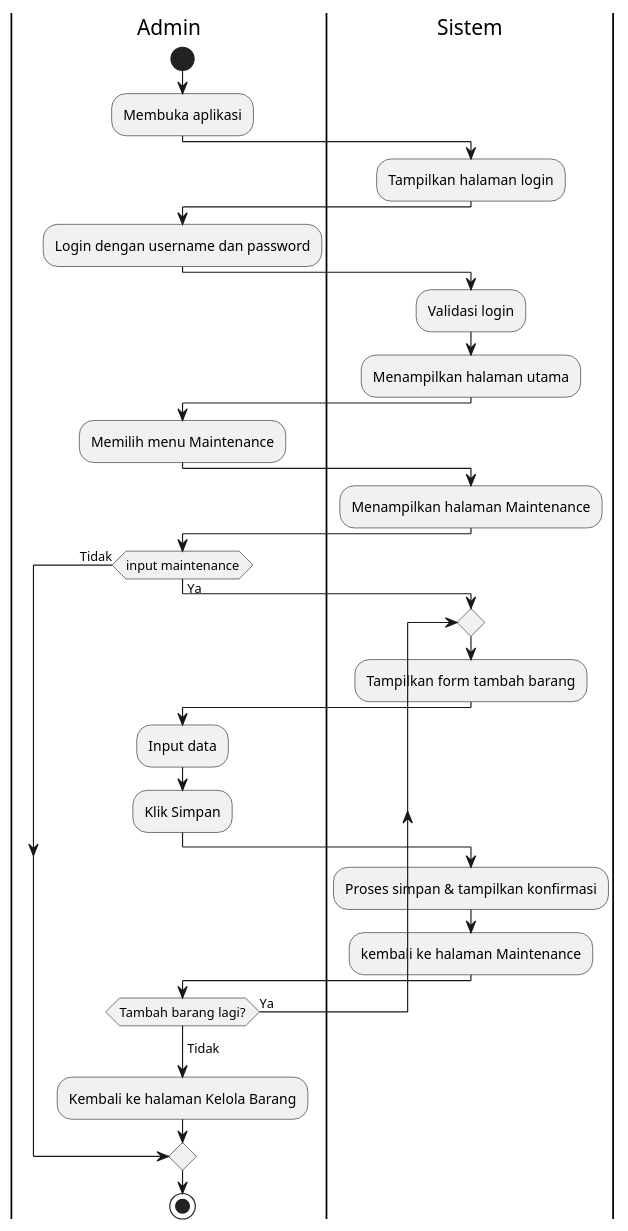
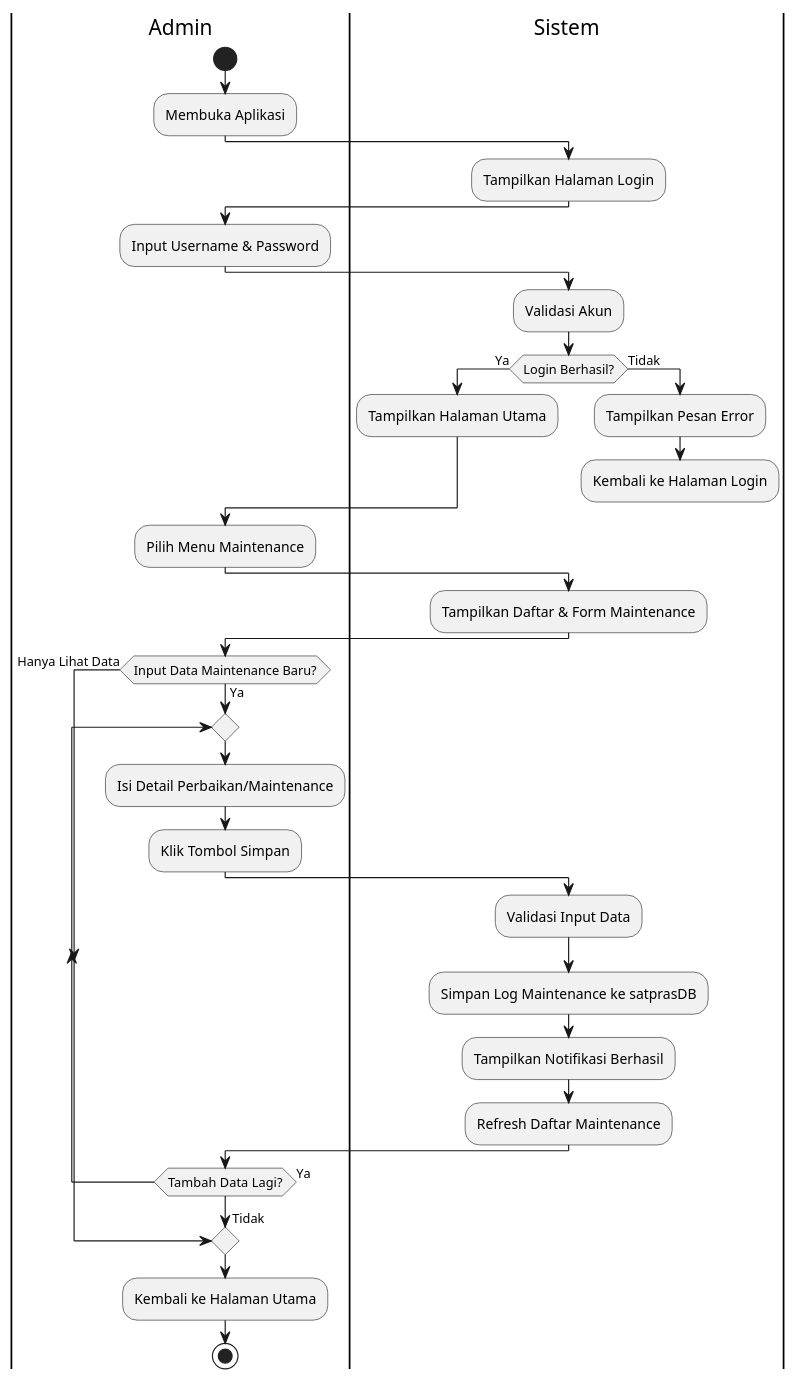
The diagram in Activity Diagram/activityMaintenance.puml (Fannandya/diagramPABD), drawn with PlantUML before and after one commit.

Commit message:
update maintenance

```diff
--- a/Activity Diagram/activityMaintenance.puml
+++ b/Activity Diagram/activityMaintenance.puml
@@ -1,40 +1,52 @@
 @startuml activityMaintenance
-|Admin| 
+
+|Admin|
 start
-:Membuka aplikasi;
+:Membuka Aplikasi;
 
 |Sistem|
-:Tampilkan halaman login;
+:Tampilkan Halaman Login;
 
 |Admin|
-:Login dengan username dan password;
+:Input Username & Password;
 
 |Sistem|
-:Validasi login;
-:Menampilkan halaman utama;
+:Validasi Akun;
+if (Login Berhasil?) then (Ya)
+  :Tampilkan Halaman Utama;
+else (Tidak)
+  :Tampilkan Pesan Error;
+  :Kembali ke Halaman Login;
+  detach
+endif
 
 |Admin|
-:Memilih menu Maintenance;
+:Pilih Menu Maintenance;
 
 |Sistem|
-:Menampilkan halaman Maintenance;
+:Tampilkan Daftar & Form Maintenance;
 
 |Admin|
-if (input maintenance) then (Ya)
-  |Sistem|
+if (Input Data Maintenance Baru?) then (Ya)
   repeat
-    :Tampilkan form tambah barang;
     |Admin|
-    :Input data;
-    :Klik Simpan;
+    :Isi Detail Perbaikan/Maintenance;
+    :Klik Tombol Simpan;
+    
     |Sistem|
-    :Proses simpan & tampilkan konfirmasi;
-    :kembali ke halaman Maintenance;
+    :Validasi Input Data;
+    :Simpan Log Maintenance ke satprasDB;
+    :Tampilkan Notifikasi Berhasil;
+    :Refresh Daftar Maintenance;
+    
     |Admin|
-  repeat while (Tambah barang lagi?) is (Ya)
+  repeat while (Tambah Data Lagi?) is (Ya)
   ->Tidak;
-  :Kembali ke halaman Kelola Barang;
-else (Tidak)
+else (Hanya Lihat Data)
 endif
+
+|Admin|
+:Kembali ke Halaman Utama;
 stop
+
 @enduml
```
